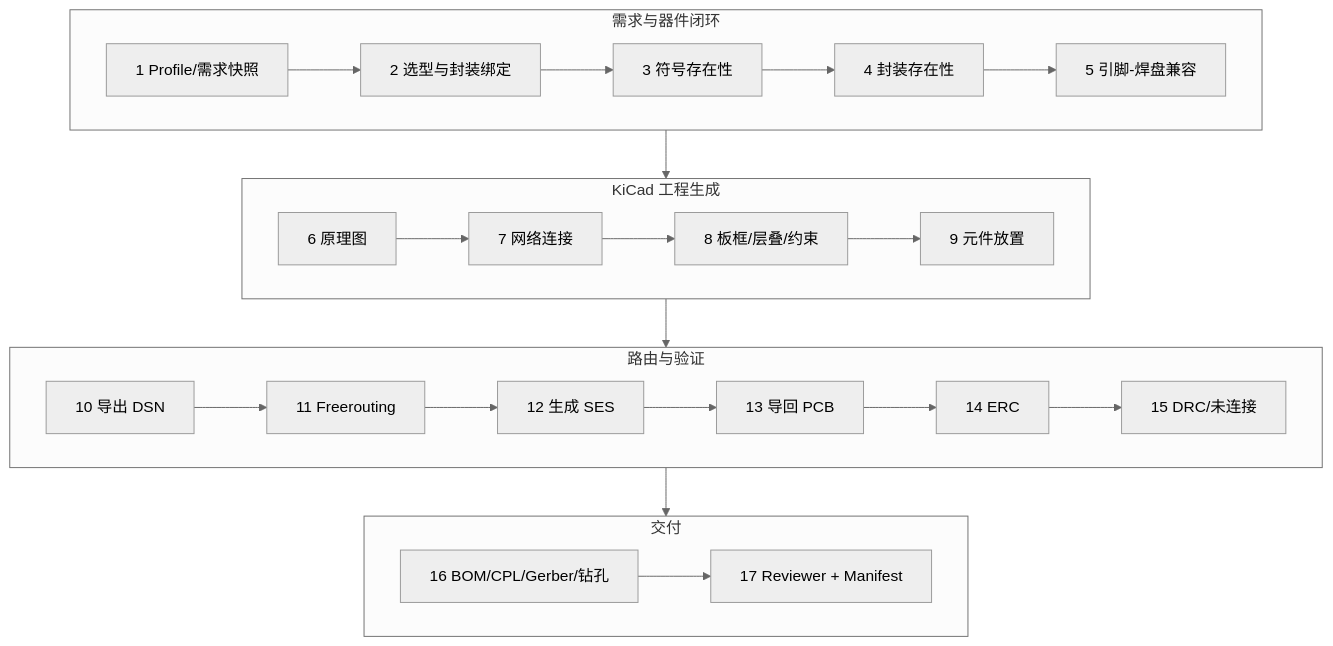
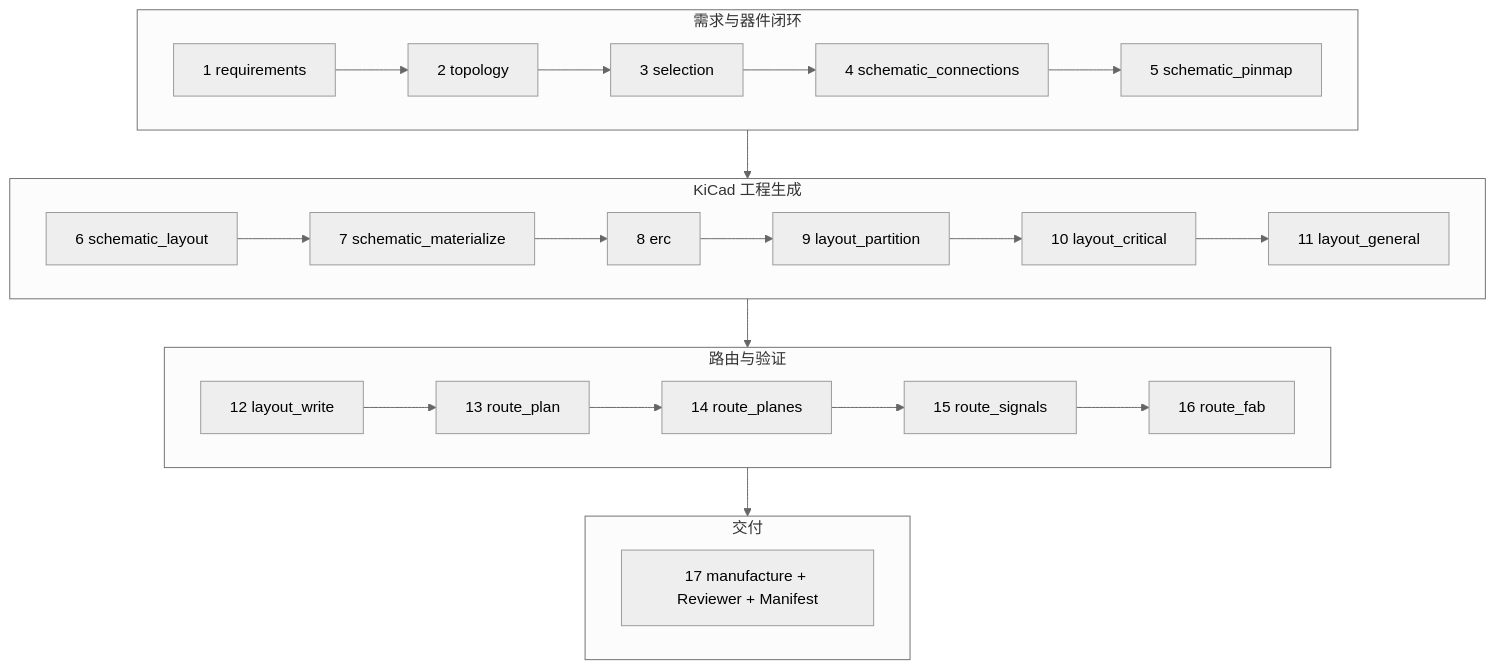
One commit to BruceZhq/kicad-design-multi-agent-system changed the second of 7 diagrams in README.md. Above: the diagram before and after it, drawn with Mermaid (neutral theme). The commit also changed other lines of this file and 104 other files, not shown here.

````diff
--- a/README.md
+++ b/README.md
@@ -29,22 +29,22 @@
 ```mermaid
 flowchart TD
     subgraph S1[需求与器件闭环]
       direction LR
-      A1[1 Profile/需求快照] --> A2[2 选型与封装绑定] --> A3[3 符号存在性] --> A4[4 封装存在性] --> A5[5 引脚-焊盘兼容]
+      A1[1 requirements] --> A2[2 topology] --> A3[3 selection] --> A4[4 schematic_connections] --> A5[5 schematic_pinmap]
     end
     subgraph S2[KiCad 工程生成]
       direction LR
-      A6[6 原理图] --> A7[7 网络连接] --> A8[8 板框/层叠/约束] --> A9[9 元件放置]
+      A6[6 schematic_layout] --> A7[7 schematic_materialize] --> A8[8 erc] --> A9[9 layout_partition] --> A10[10 layout_critical] --> A11[11 layout_general]
     end
     subgraph S3[路由与验证]
       direction LR
-      A10[10 导出 DSN] --> A11[11 Freerouting] --> A12[12 生成 SES] --> A13[13 导回 PCB] --> A14[14 ERC] --> A15[15 DRC/未连接]
+      A12[12 layout_write] --> A13[13 route_plan] --> A14[14 route_planes] --> A15[15 route_signals] --> A16[16 route_fab]
     end
     subgraph S4[交付]
       direction LR
-      A16[16 BOM/CPL/Gerber/钻孔] --> A17[17 Reviewer + Manifest]
+      A17[17 manufacture + Reviewer + Manifest]
     end
     A5 --> A6
-    A9 --> A10
-    A15 --> A16
+    A11 --> A12
+    A16 --> A17
 ```
````
